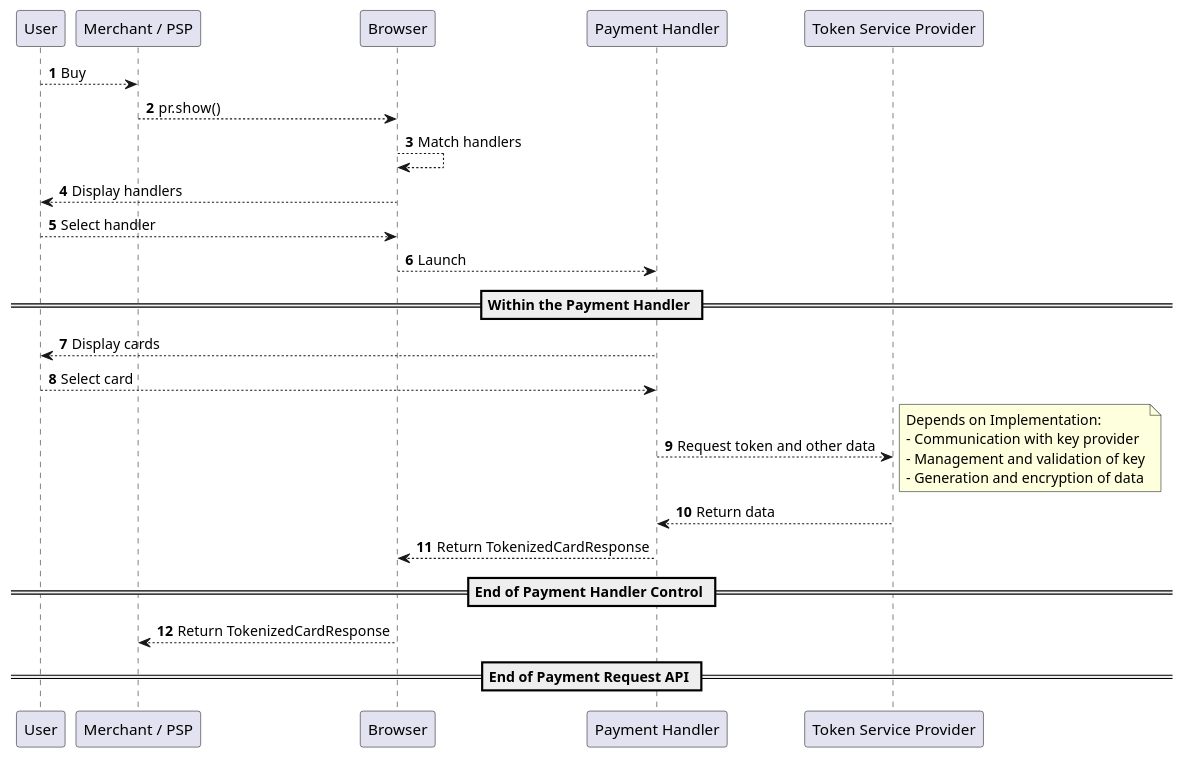
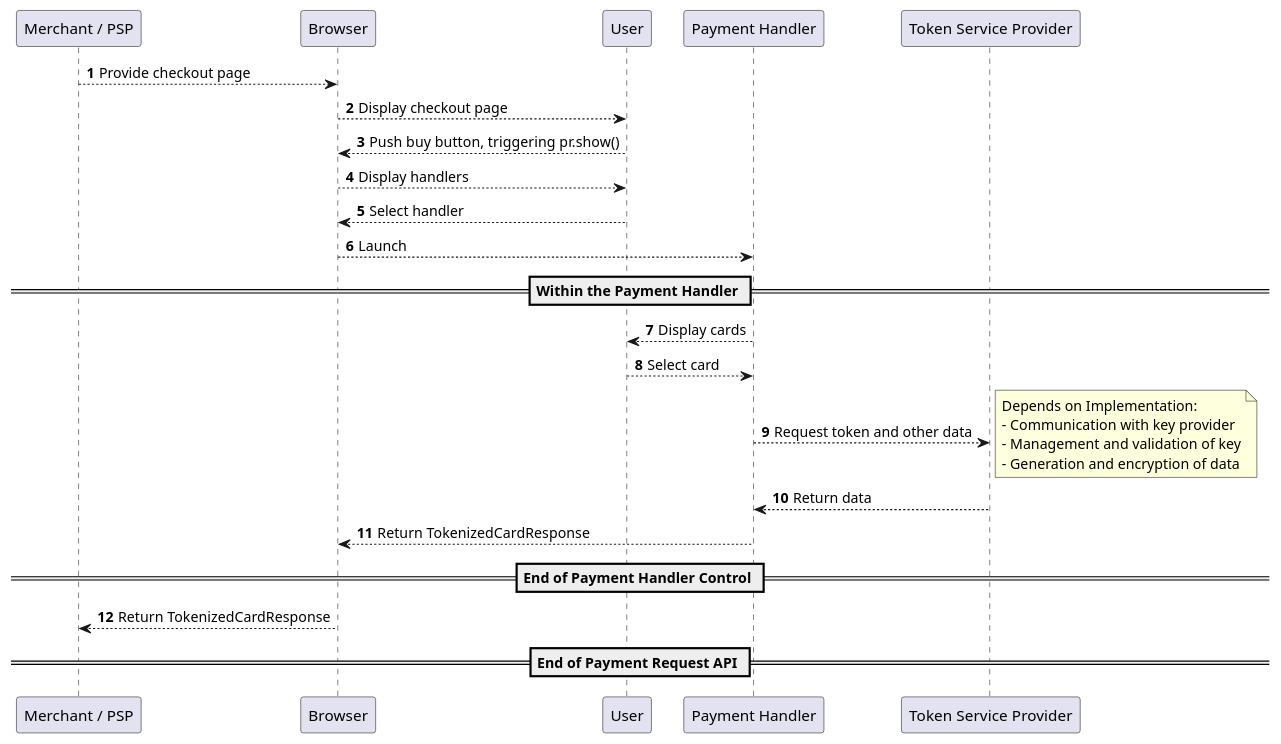
The diagram in diagrams/w3cpayment.pu (w3c/webpayments-methods-tokenization), drawn with PlantUML before and after one commit. The commit also changed 1 other file, not shown here.

Commit message:
fix diagram ordering, simplify

```diff
--- a/diagrams/w3cpayment.pu
+++ b/diagrams/w3cpayment.pu
@@ -1,32 +1,32 @@
 @startuml
 autonumber
-Participant "User"  as user
 Participant "Merchant / PSP"  as merchant
 Participant "Browser"  as browser
+Participant "User"  as user
 Participant "Payment Handler" as handler
 Participant "Token Service Provider" as tsp
 
-user --> merchant : Buy
-merchant --> browser : pr.show()
-browser --> browser : Match handlers
+merchant --> browser : Provide checkout page
+browser --> user : Display checkout page
+user --> browser : Push buy button, triggering pr.show()
 browser --> user : Display handlers
 user --> browser: Select handler
 browser --> handler: Launch
 
 == Within the Payment Handler ==
 handler --> user : Display cards
 user --> handler : Select card
 handler --> tsp : Request token and other data
 note right
 Depends on Implementation:
 - Communication with key provider
 - Management and validation of key
 - Generation and encryption of data
 end note
 tsp --> handler : Return data 
 handler --> browser : Return TokenizedCardResponse
 == End of Payment Handler Control ==
 browser --> merchant : Return TokenizedCardResponse
 == End of Payment Request API ==
 
 @enduml
```
